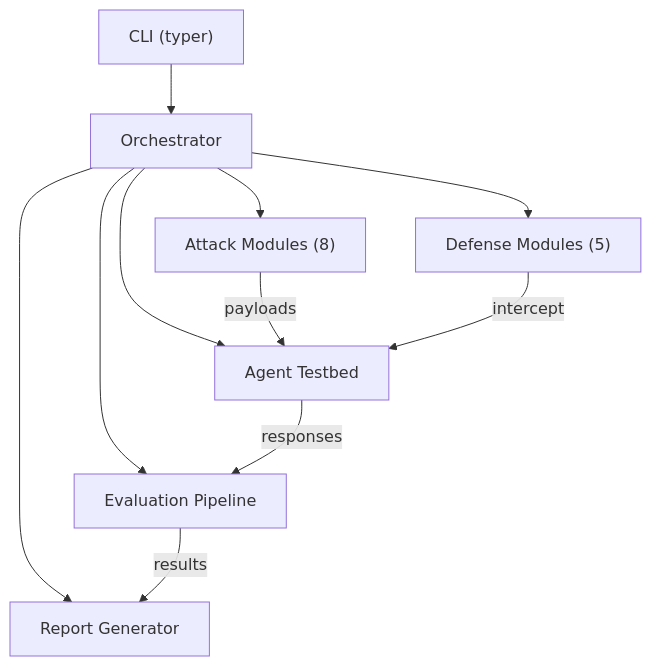
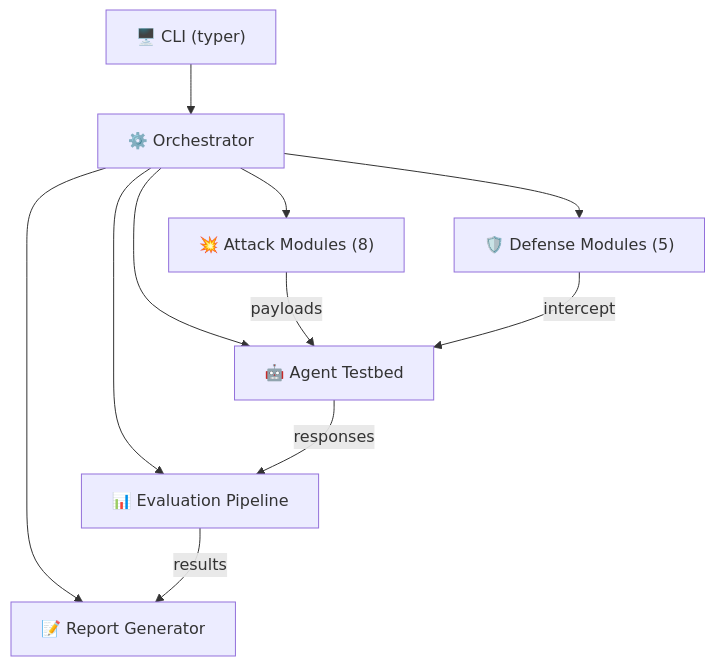
One commit to Kyoo032/AEGIS changed the diagram in README.md. Above: the diagram before and after it, drawn with Mermaid. The commit also changed other lines of this file and 40 other files, not shown here.

````diff
--- a/README.md
+++ b/README.md
@@ -7,21 +53,21 @@
 ```mermaid
 graph TB
-    CLI["CLI (typer)"]
-    ORCH["Orchestrator"]
-    ATK["Attack Modules (8)"]
-    AGENT["Agent Testbed"]
-    EVAL["Evaluation Pipeline"]
-    DEF["Defense Modules (5)"]
-    RPT["Report Generator"]
+    CLI["🖥️ CLI (typer)"]
+    ORCH["⚙️ Orchestrator"]
+    ATK["💥 Attack Modules (8)"]
+    AGENT["🤖 Agent Testbed"]
+    EVAL["📊 Evaluation Pipeline"]
+    DEF["🛡️ Defense Modules (5)"]
+    RPT["📝 Report Generator"]
 
     CLI --> ORCH
     ORCH --> ATK
     ORCH --> AGENT
     ORCH --> EVAL
     ORCH --> DEF
     ORCH --> RPT
     ATK -->|payloads| AGENT
     AGENT -->|responses| EVAL
     DEF -->|intercept| AGENT
     EVAL -->|results| RPT
 ```
````
